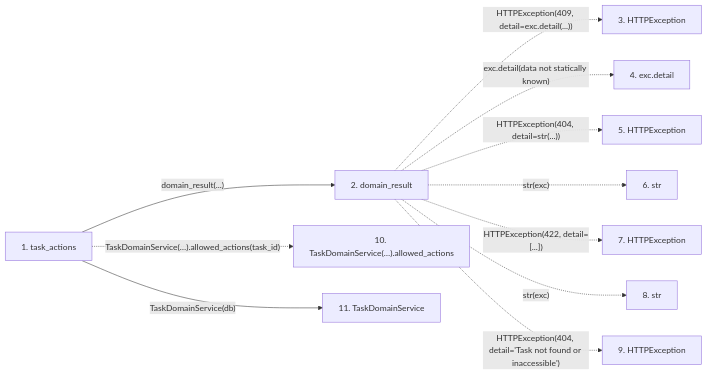
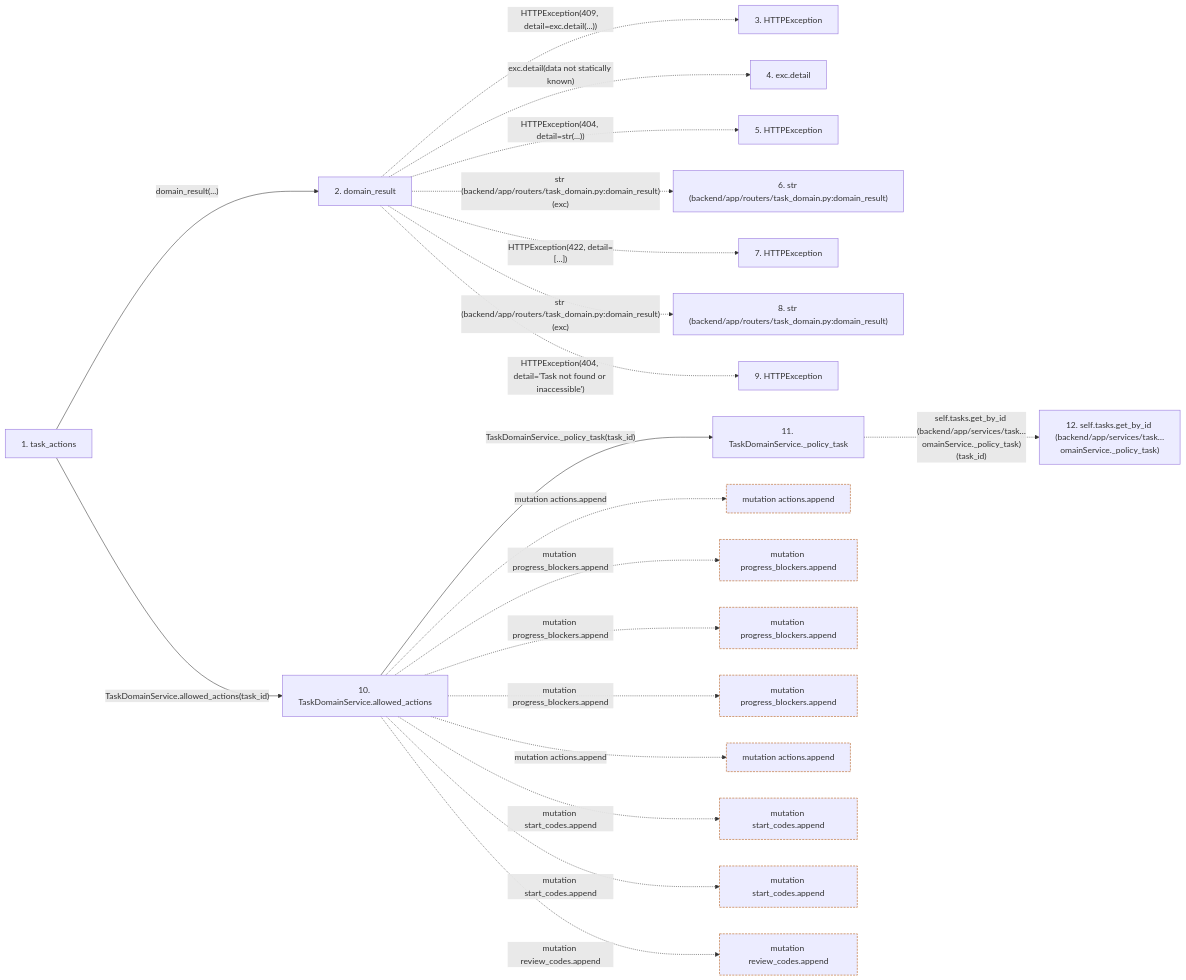
One commit to Denissvgn/WorkChord changed the second of 2 diagrams in docs/llm_wiki/flows/http-task_actions.md. Above: the diagram before and after it, drawn with Mermaid. The commit also changed other lines of this file and 25171 other files, not shown here.

````diff
--- a/docs/llm_wiki/flows/http-task_actions.md
+++ b/docs/llm_wiki/flows/http-task_actions.md
@@ -34,27 +149,55 @@
 ```mermaid
 flowchart LR
     s1["1. task_actions"]
     s2["2. domain_result"]
     s3["3. HTTPException"]
     s4["4. exc.detail"]
     s5["5. HTTPException"]
-    s6["6. str"]
+    s6["6. str (backend/app/routers/task_domain.py:domain_result)"]
     s7["7. HTTPException"]
-    s8["8. str"]
+    s8["8. str (backend/app/routers/task_domain.py:domain_result)"]
     s9["9. HTTPException"]
-    s10["10. TaskDomainService(…).allowed_actions"]
-    s11["11. TaskDomainService"]
+    s10["10. TaskDomainService.allowed_actions"]
+    s11["11. TaskDomainService._policy_task"]
+    s12["12. self.tasks.get_by_id (backend/app/services/task…omainService._policy_task)"]
     s1 -->|"domain_result(...)"| s2
     s2 -. "HTTPException(409, detail=exc.detail(...))" .-> s3
     s2 -. "exc.detail(data not statically known)" .-> s4
     s2 -. "HTTPException(404, detail=str(...))" .-> s5
-    s2 -. "str(exc)" .-> s6
+    s2 -. "str (backend/app/routers/task_domain.py:domain_result)(exc)" .-> s6
     s2 -. "HTTPException(422, detail=[...])" .-> s7
-    s2 -. "str(exc)" .-> s8
+    s2 -. "str (backend/app/routers/task_domain.py:domain_result)(exc)" .-> s8
     s2 -. "HTTPException(404, detail='Task not found or inaccessible')" .-> s9
-    s1 -. "TaskDomainService(…).allowed_actions(task_id)" .-> s10
-    s1 -->|"TaskDomainService(db)"| s11
+    s1 -->|"TaskDomainService.allowed_actions(task_id)"| s10
+    s10 -->|"TaskDomainService._policy_task(task_id)"| s11
+    s11 -. "self.tasks.get_by_id (backend/app/services/task…omainService._policy_task)(task_id)" .-> s12
+    b0["mutation actions.append"]
+    s10 -. "mutation actions.append" .-> b0
+    b1["mutation progress_blockers.append"]
+    s10 -. "mutation progress_blockers.append" .-> b1
+    b2["mutation progress_blockers.append"]
+    s10 -. "mutation progress_blockers.append" .-> b2
+    b3["mutation progress_blockers.append"]
+    s10 -. "mutation progress_blockers.append" .-> b3
+    b4["mutation actions.append"]
+    s10 -. "mutation actions.append" .-> b4
+    b5["mutation start_codes.append"]
+    s10 -. "mutation start_codes.append" .-> b5
+    b6["mutation start_codes.append"]
+    s10 -. "mutation start_codes.append" .-> b6
+    b7["mutation review_codes.append"]
+    s10 -. "mutation review_codes.append" .-> b7
     click s1 "../modules/routers_task_domain.md"
     click s2 "../modules/routers_task_domain.md"
+    click s10 "../modules/task_domain_service.md"
     click s11 "../modules/task_domain_service.md"
+    classDef boundary stroke:#b45309,stroke-dasharray: 4 2
+    class b0 boundary
+    class b1 boundary
+    class b2 boundary
+    class b3 boundary
+    class b4 boundary
+    class b5 boundary
+    class b6 boundary
+    class b7 boundary
 ```
````
